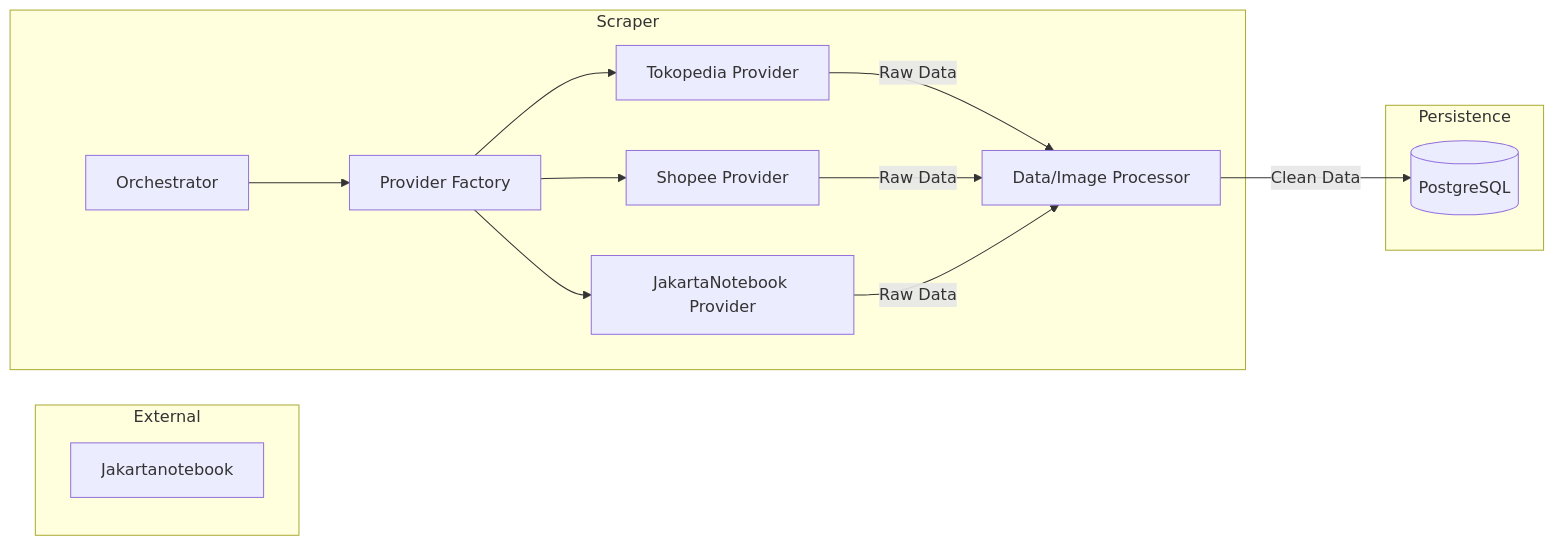
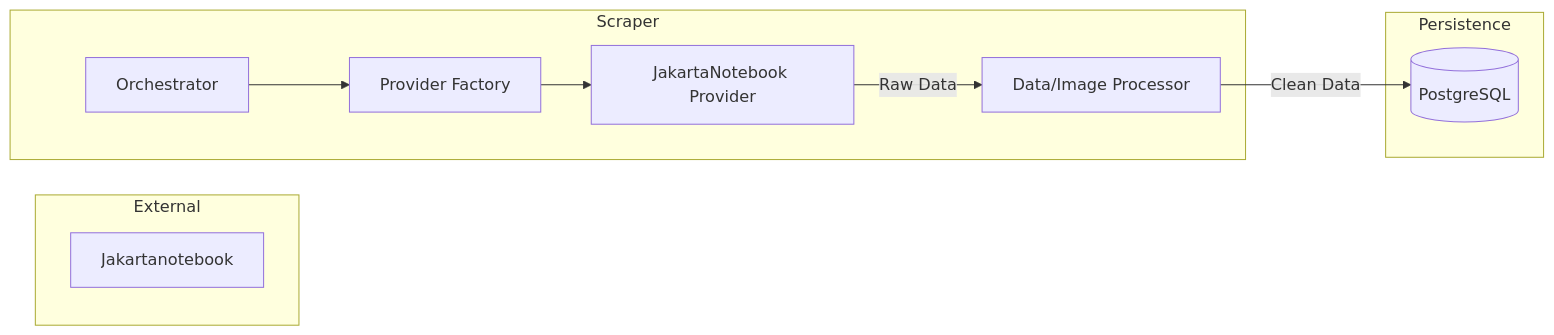
One commit to hadimiftahulf/agentic-scraping changed the diagram in .agents/documents/application/modules/scraper/overview.md. Above: the diagram before and after it, drawn with Mermaid. The commit also changed other lines of this file and 14 other files, not shown here.

````diff
--- a/.agents/documents/application/modules/scraper/overview.md
+++ b/.agents/documents/application/modules/scraper/overview.md
@@ -15,24 +27,20 @@
 ```mermaid
 graph LR
     subgraph External
         JN[Jakartanotebook]
     end
     subgraph Scraper
         Orchestrator[Orchestrator]
         ProviderFactory[Provider Factory]
-        TokenProvider[Tokopedia Provider]
-        ShopeeProvider[Shopee Provider]
         JNProvider[JakartaNotebook Provider]
         Processor[Data/Image Processor]
     end
     subgraph Persistence
         DB[(PostgreSQL)]
     end
 
     Orchestrator --> ProviderFactory
-    ProviderFactory --> TokenProvider
-    ProviderFactory --> ShopeeProvider
     ProviderFactory --> JNProvider
-    TokenProvider & ShopeeProvider & JNProvider -- Raw Data --> Processor
+    JNProvider -- Raw Data --> Processor
     Processor -- Clean Data --> DB
 ```
````
